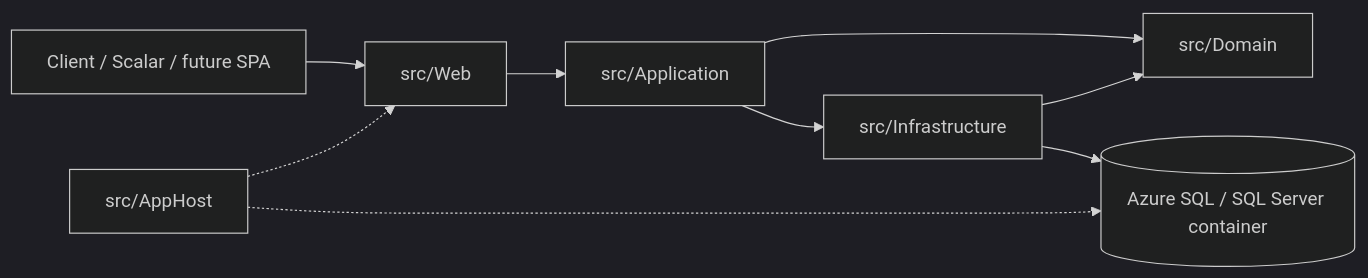
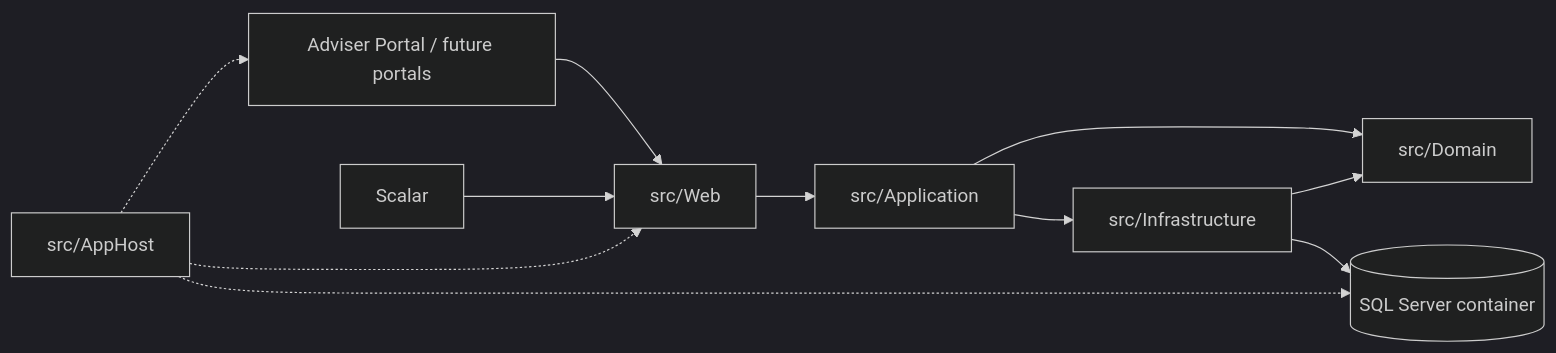
One commit to louis297/MyWealth changed the first of 2 diagrams in docs/architecture.md. Above: the diagram before and after it, drawn with Mermaid (dark theme). The commit also changed other lines of this file, not shown here.

Commit message:
first version of architecture.md

````diff
--- a/docs/architecture.md
+++ b/docs/architecture.md
@@ -21,11 +30,13 @@
 ```mermaid
 flowchart LR
-  Client[Client / Scalar / future SPA] --> Web[src/Web]
+  Portal[Adviser Portal / future portals] --> Web[src/Web]
+  Scalar[Scalar] --> Web
   Web --> App[src/Application]
   App --> Domain[src/Domain]
   App --> Infra[src/Infrastructure]
   Infra --> Domain
-  Infra --> Sql[(Azure SQL / SQL Server container)]
+  Infra --> Sql[(SQL Server container)]
   AppHost[src/AppHost] -.-> Web
   AppHost -.-> Sql
+  AppHost -.-> Portal
 ```
````
